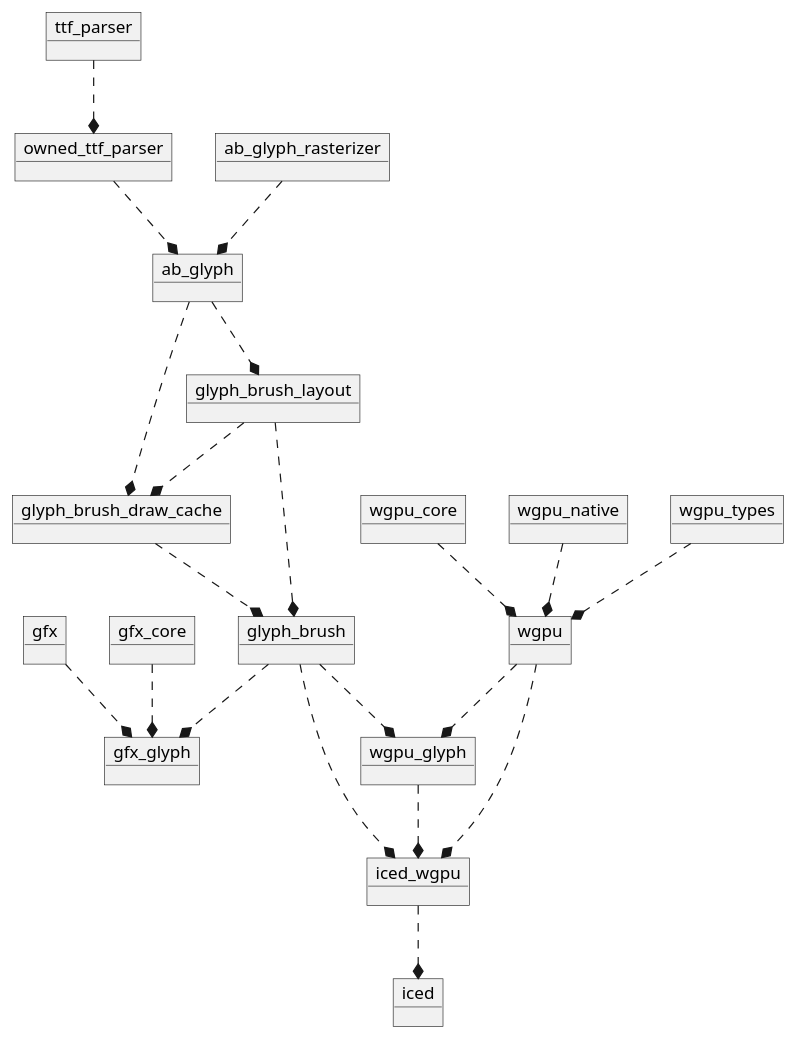
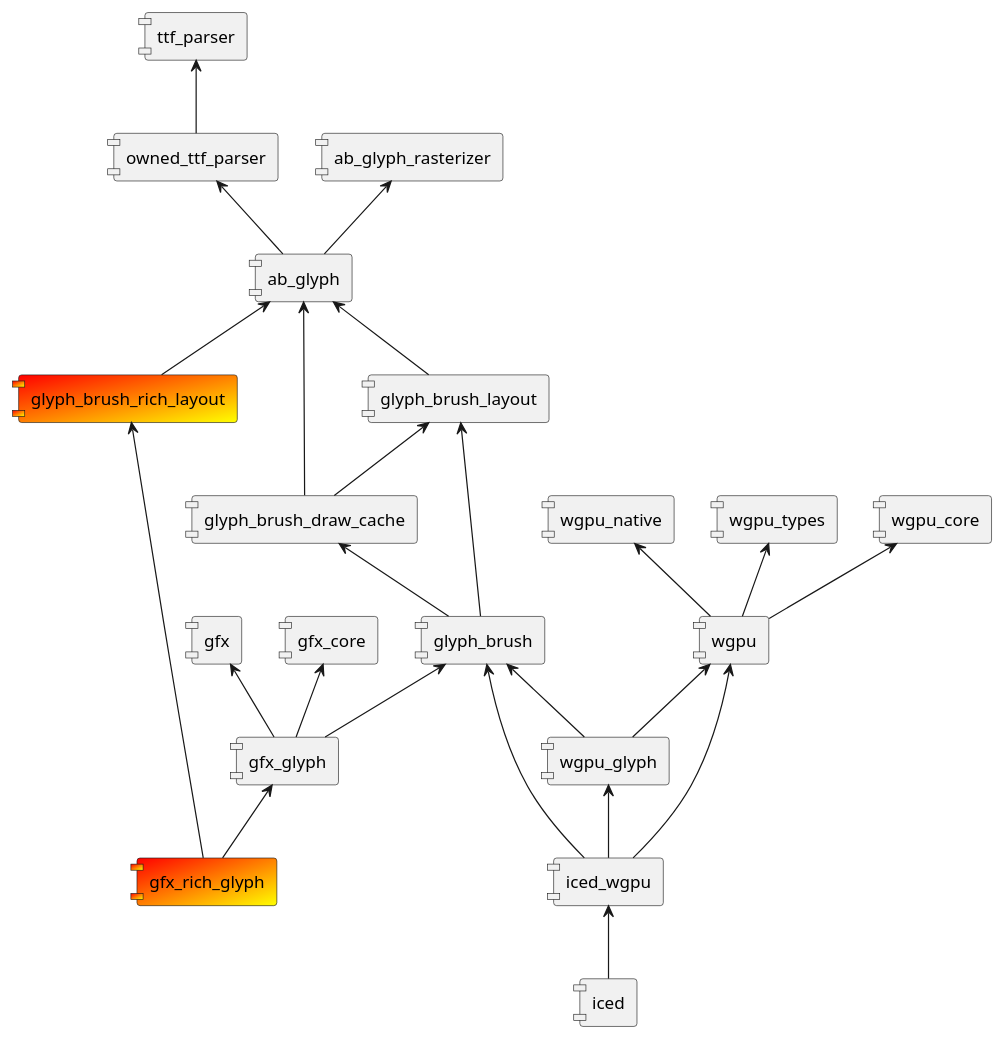
Before and after one commit to ekicyou/glyph-brush: the diagram in study_note/api.pu, drawn with PlantUML.

Commit message:
ドキュメント更新

```diff
--- a/study_note/api.pu
+++ b/study_note/api.pu
@@ -1,54 +1,61 @@
 @startuml
 
+skinparam componentStyle uml1
 
-object ttf_parser
-object owned_ttf_parser
-ttf_parser    ..* owned_ttf_parser
+component ttf_parser
+component owned_ttf_parser
+ttf_parser    <-- owned_ttf_parser
 
-object ab_glyph_rasterizer
-object ab_glyph
-ab_glyph_rasterizer ..* ab_glyph
-owned_ttf_parser    ..* ab_glyph
+component ab_glyph_rasterizer
+component ab_glyph
+ab_glyph_rasterizer <-- ab_glyph
+owned_ttf_parser    <-- ab_glyph
 
-object glyph_brush_layout
-object glyph_brush_draw_cache
-ab_glyph ..* glyph_brush_layout
-ab_glyph ..* glyph_brush_draw_cache
+component glyph_brush_layout
+component glyph_brush_draw_cache
+ab_glyph <-- glyph_brush_layout
+ab_glyph <-- glyph_brush_draw_cache
 
-object glyph_brush
-glyph_brush_draw_cache ..* glyph_brush
-glyph_brush_layout ..* glyph_brush
-glyph_brush_layout ..* glyph_brush_draw_cache
+component glyph_brush
+glyph_brush_draw_cache <-- glyph_brush
+glyph_brush_layout <-- glyph_brush
+glyph_brush_layout <-- glyph_brush_draw_cache
 
-object gfx_glyph
-object wgpu_glyph
-glyph_brush ..* gfx_glyph
-glyph_brush ..* wgpu_glyph
+component gfx_glyph
+component wgpu_glyph
+glyph_brush <-- gfx_glyph
+glyph_brush <-- wgpu_glyph
 
-object gfx
-object gfx_core
-gfx      ..* gfx_glyph 
-gfx_core ..* gfx_glyph
+component gfx
+component gfx_core
+gfx      <-- gfx_glyph 
+gfx_core <-- gfx_glyph
 
-object wgpu
-wgpu ..* wgpu_glyph
+component wgpu
+wgpu <-- wgpu_glyph
 
-object wgpu_core   
-object wgpu_native 
-object wgpu_types  
-wgpu_core   ..* wgpu
-wgpu_native ..* wgpu
-wgpu_types  ..* wgpu
+component wgpu_core   
+component wgpu_native 
+component wgpu_types  
+wgpu_core   <-- wgpu
+wgpu_native <-- wgpu
+wgpu_types  <-- wgpu
 
-object iced_wgpu
-glyph_brush ..* iced_wgpu
-wgpu        ..* iced_wgpu
-wgpu_glyph  ..* iced_wgpu
+component iced_wgpu
+glyph_brush <-- iced_wgpu
+wgpu        <-- iced_wgpu
+wgpu_glyph  <-- iced_wgpu
 
-object iced
-iced_wgpu ..* iced
+component iced
+iced_wgpu <-- iced
 
 
+component glyph_brush_rich_layout #Red/Yellow
+ab_glyph <-- glyph_brush_rich_layout
+
+component gfx_rich_glyph #Red/Yellow
+glyph_brush_rich_layout <-- gfx_rich_glyph
+gfx_glyph               <-- gfx_rich_glyph
 
 
 @enduml
```
